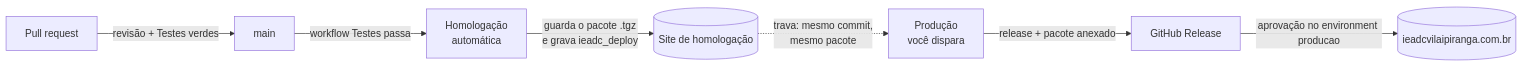
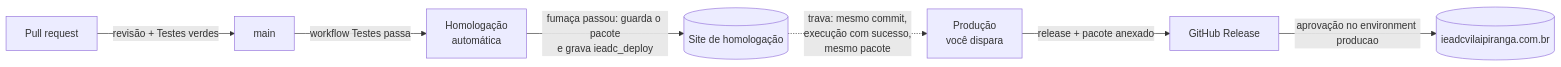
Before and after one commit to alencarftc/ieadcvilaipiranga-theme: the diagram in docs/operacao/ci-cd.md, drawn with Mermaid. The commit also changed other lines of this file and 6 other files, not shown here.

````diff
--- a/docs/operacao/ci-cd.md
+++ b/docs/operacao/ci-cd.md
@@ -7,9 +9,9 @@
 ```mermaid
 flowchart LR
   PR[Pull request] -->|revisão + Testes verdes| M[main]
   M -->|workflow Testes passa| H[Homologação<br/>automática]
-  H -->|guarda o pacote .tgz<br/>e grava ieadc_deploy| HML[(Site de homologação)]
-  HML -.->|trava: mesmo commit,<br/>mesmo pacote| P[Produção<br/>você dispara]
+  H -->|fumaça passou: guarda o pacote<br/>e grava ieadc_deploy| HML[(Site de homologação)]
+  HML -.->|trava: mesmo commit,<br/>execução com sucesso,<br/>mesmo pacote| P[Produção<br/>você dispara]
   P -->|release + pacote anexado| R[GitHub Release]
   R -->|aprovação no environment producao| PROD[(ieadcvilaipiranga.com.br)]
 ```
````
